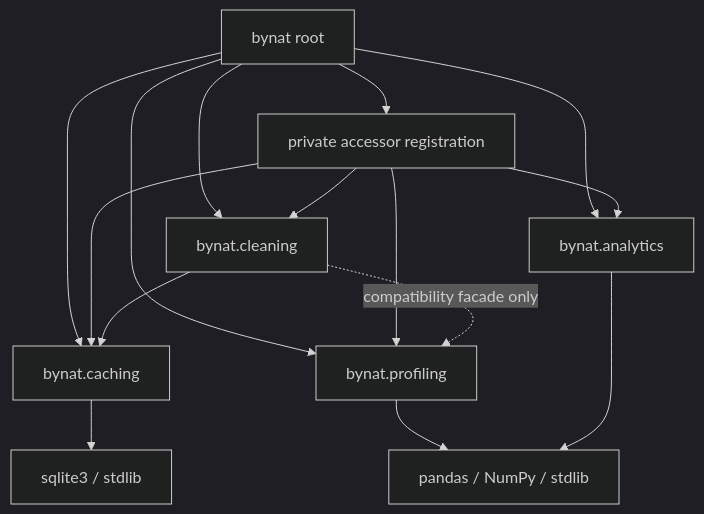
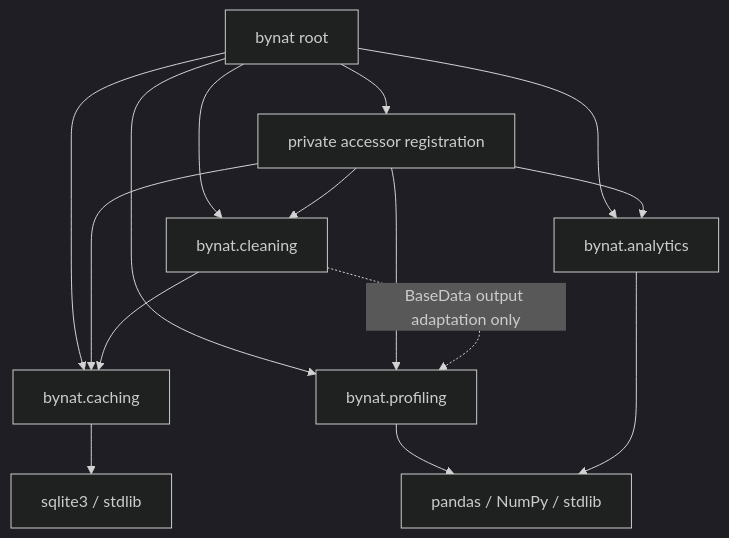
One commit to bynat-lab/bynat changed the first of 3 diagrams in docs/ARCHITECTURE_RESEARCH.md. Above: the diagram before and after it, drawn with Mermaid (dark theme). The commit also changed other lines of this file, not shown here.

First line of the commit message:
docs: document Phase 0 architecture decisions and verification baseline

````diff
--- a/docs/ARCHITECTURE_RESEARCH.md
+++ b/docs/ARCHITECTURE_RESEARCH.md
@@ -336,20 +501,20 @@
 ```mermaid
 flowchart TD
     Root["bynat root"] --> Cleaning["bynat.cleaning"]
     Root --> Caching["bynat.caching"]
     Root --> Analytics["bynat.analytics"]
     Root --> Profiling["bynat.profiling"]
     Root --> Accessors["private accessor registration"]
 
     Accessors --> Cleaning
     Accessors --> Caching
     Accessors --> Analytics
     Accessors --> Profiling
 
     Cleaning --> Caching
     Profiling --> Pandas["pandas / NumPy / stdlib"]
     Analytics --> Pandas
     Caching --> SQLite["sqlite3 / stdlib"]
 
-    Cleaning -. compatibility facade only .-> Profiling
+    Cleaning -. BaseData output adaptation only .-> Profiling
 ```
````
